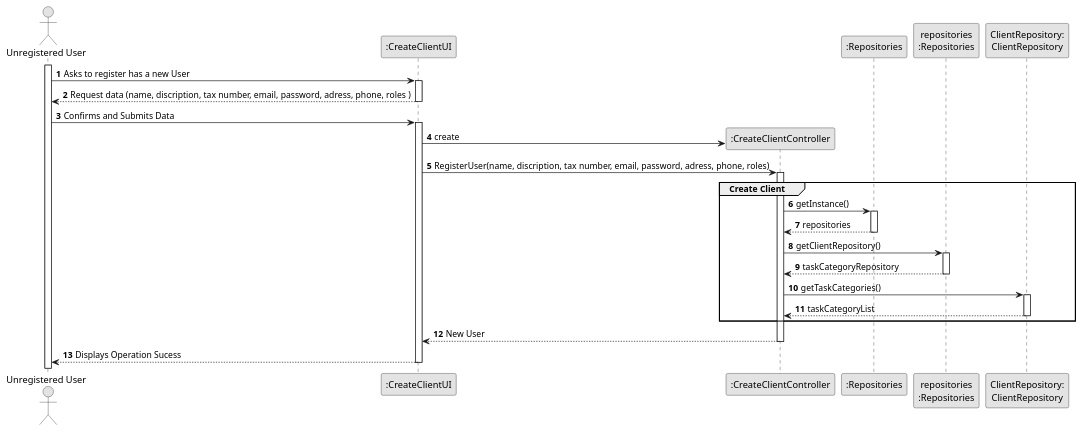
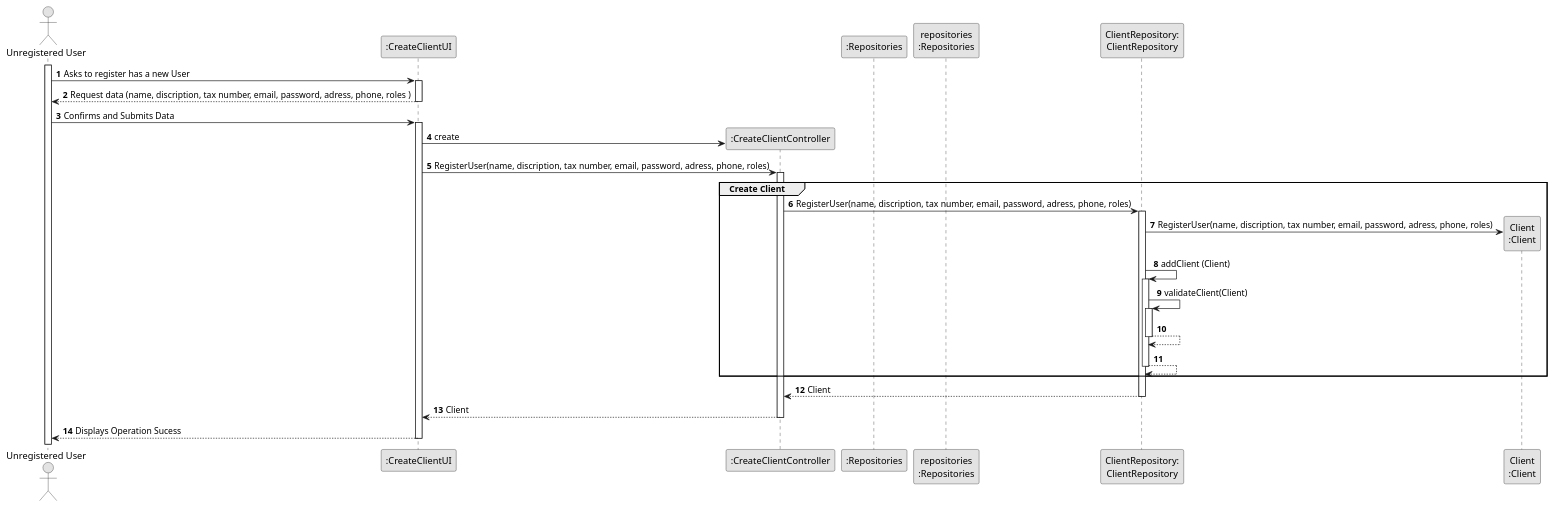
The diagram in lei-22-s2-1do-g68/docs/SprintB/us007/03.design/puml/us007-sequence-diagram-full.puml (hugosilva2901/lei-22-s2-1DO-g68), drawn with PlantUML before and after one commit.

Commit message:
Us007 Sd finished

```diff
--- a/lei-22-s2-1do-g68/docs/SprintB/us007/03.design/puml/us007-sequence-diagram-full.puml
+++ b/lei-22-s2-1do-g68/docs/SprintB/us007/03.design/puml/us007-sequence-diagram-full.puml
@@ -1,60 +1,66 @@
 @startuml
 skinparam monochrome true
 skinparam packageStyle rectangle
 skinparam shadowing false
 
 autonumber
 
 'hide footbox
 actor "Unregistered User" as ADM
 participant ":CreateClientUI" as UI
 participant ":CreateClientController" as CTRL
 participant ":Repositories" as RepositorySingleton
 participant "repositories\n:Repositories" as PLAT
 participant "ClientRepository:\nClientRepository" as ClientRepository
+participant "Client\n:Client" as TAREFA
 
 
 activate ADM
 
         ADM -> UI : Asks to register has a new User
         activate UI
 
             UI --> ADM : Request data (name, discription, tax number, email, password, adress, phone, roles )
         deactivate UI
 
         ADM -> UI : Confirms and Submits Data
         activate UI
             UI -> CTRL** : create
 
             UI -> CTRL : RegisterUser(name, discription, tax number, email, password, adress, phone, roles)
             activate CTRL
 
 
 
 group Create Client
-                CTRL -> RepositorySingleton : getInstance()
-                activate RepositorySingleton
+CTRL -> ClientRepository: RegisterUser(name, discription, tax number, email, password, adress, phone, roles)
+                 activate ClientRepository
 
-                    RepositorySingleton --> CTRL: repositories
-                deactivate RepositorySingleton
 
-                CTRL -> PLAT : getClientRepository()
-                activate PLAT
 
-                    PLAT --> CTRL: taskCategoryRepository
-                deactivate PLAT
+                             ClientRepository -> TAREFA**: RegisterUser(name, discription, tax number, email, password, adress, phone, roles)
+                             ClientRepository -> ClientRepository: addClient (Client)
 
-                CTRL -> ClientRepository : getTaskCategories()
-                activate ClientRepository
+                             activate ClientRepository
+                                 ClientRepository -> ClientRepository: validateClient(Client)
+                                 activate ClientRepository
+                                     ClientRepository --> ClientRepository
+                                 deactivate ClientRepository
 
-                    ClientRepository --> CTRL : taskCategoryList
-                deactivate ClientRepository
+                                 ClientRepository --> ClientRepository
+                             deactivate ClientRepository
 end
-                CTRL --> UI : New User
-            deactivate CTRL
+
+                     ClientRepository --> CTRL : Client
+                 deactivate ClientRepository
+                CTRL --> UI: Client
+              deactivate CTRL
+
+
+
 
             UI --> ADM : Displays Operation Sucess
         deactivate UI
 
 
 @enduml
```
